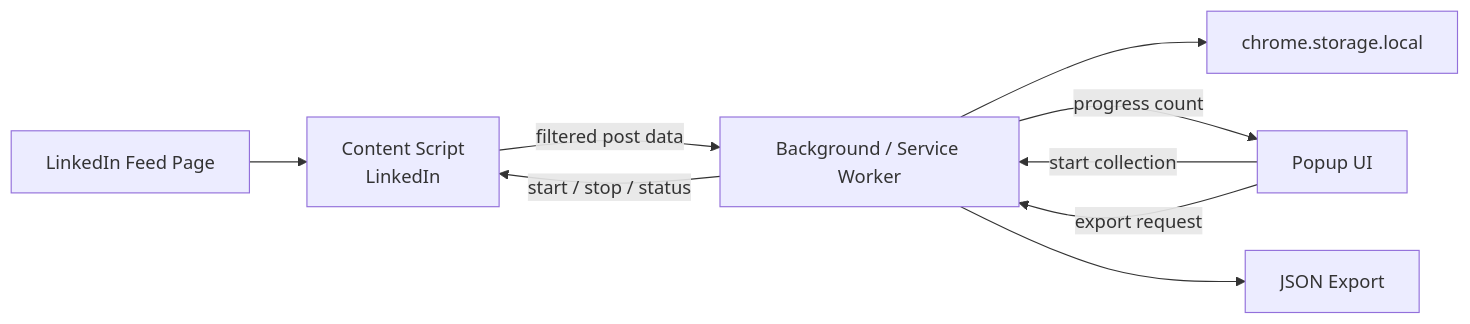
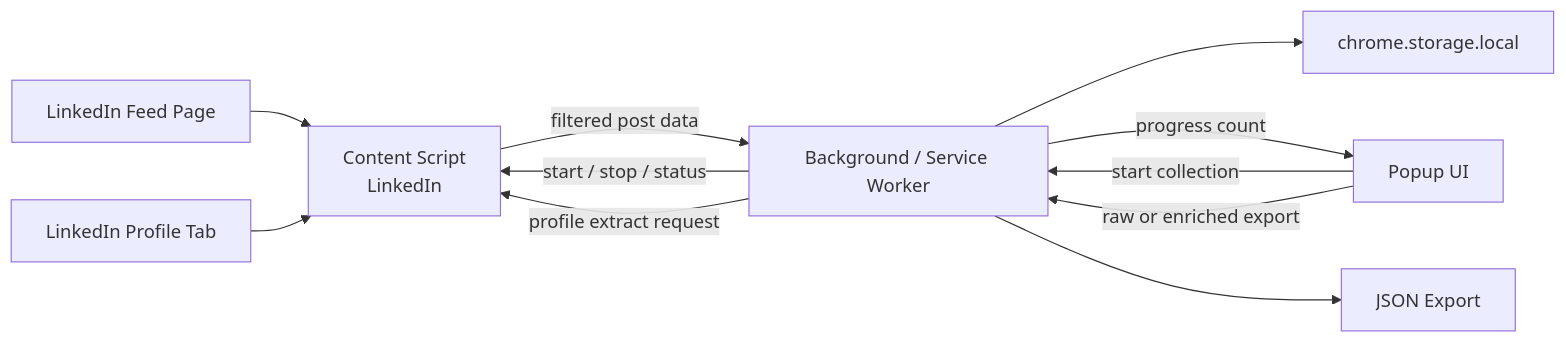
One commit to h-4vok/linkedin-post-gatherer changed the diagram in docs/diagrams/extension-architecture.md. Above: the diagram before and after it, drawn with Mermaid. The commit also changed other lines of this file and 21 other files, not shown here.

Commit message:
Implement BL-002 author enrichment flow

````diff
--- a/docs/diagrams/extension-architecture.md
+++ b/docs/diagrams/extension-architecture.md
@@ -3,18 +3,21 @@
 ```mermaid
 flowchart LR
     LI[LinkedIn Feed Page]
+    LP[LinkedIn Profile Tab]
     CS[Content Script<br/>LinkedIn]
     BG[Background / Service Worker]
     ST[chrome.storage.local]
     EX[JSON Export]
     UI[Popup UI]
 
     LI --> CS
+    LP --> CS
     UI -->|start collection| BG
     BG -->|start / stop / status| CS
     CS -->|filtered post data| BG
+    UI -->|raw or enriched export| BG
+    BG -->|profile extract request| CS
     BG --> ST
     BG -->|progress count| UI
     BG --> EX
-    UI -->|export request| BG
 ```
````
